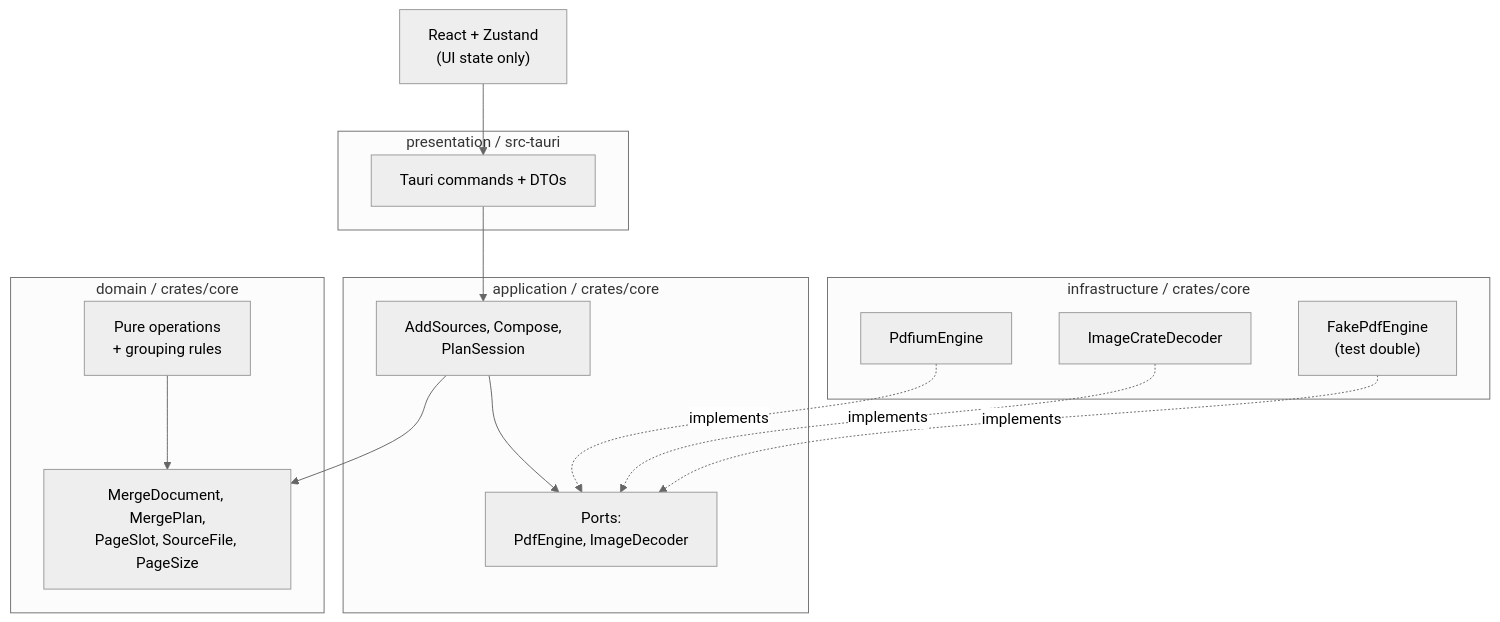
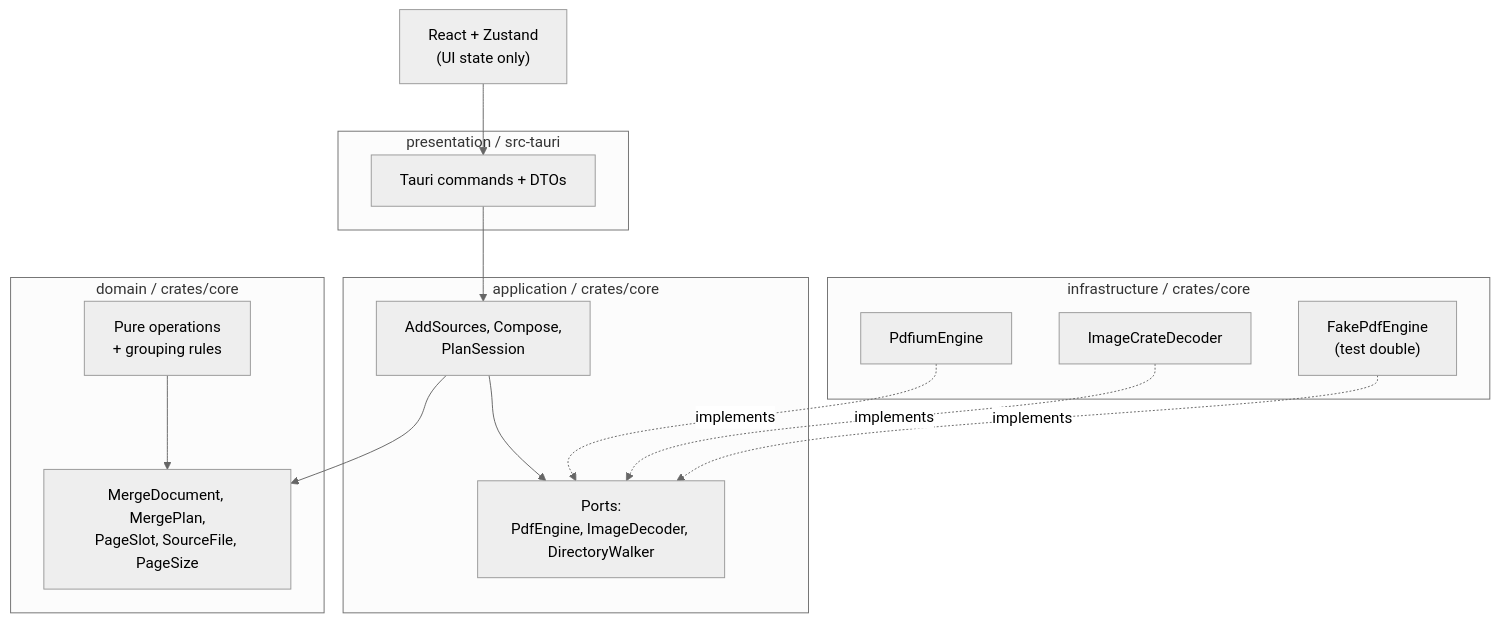
The diagram in docs/architecture.md (yasuflatland-lf/pdf-tools), drawn with Mermaid (neutral theme) before and after one commit. The commit also changed other lines of this file and 4 other files, not shown here.

````diff
--- a/docs/architecture.md
+++ b/docs/architecture.md
@@ -35,28 +35,28 @@
 ```mermaid
 flowchart TB
     ui["React + Zustand<br>(UI state only)"]
     subgraph presentation["presentation / src-tauri"]
         cmd["Tauri commands + DTOs"]
     end
     subgraph application["application / crates/core"]
         uc["AddSources, Compose,<br>PlanSession"]
-        ports["Ports:<br>PdfEngine, ImageDecoder"]
+        ports["Ports:<br>PdfEngine, ImageDecoder, DirectoryWalker"]
     end
     subgraph domain["domain / crates/core"]
         model["MergeDocument, MergePlan,<br>PageSlot, SourceFile, PageSize"]
         ops["Pure operations<br>+ grouping rules"]
     end
     subgraph infra["infrastructure / crates/core"]
         pdfium["PdfiumEngine"]
         imgdec["ImageCrateDecoder"]
         fake["FakePdfEngine<br>(test double)"]
     end
     ui --> cmd
     cmd --> uc
     uc --> ports
     uc --> model
     ops --> model
     pdfium -.implements.-> ports
     imgdec -.implements.-> ports
     fake -.implements.-> ports
 ```
````
